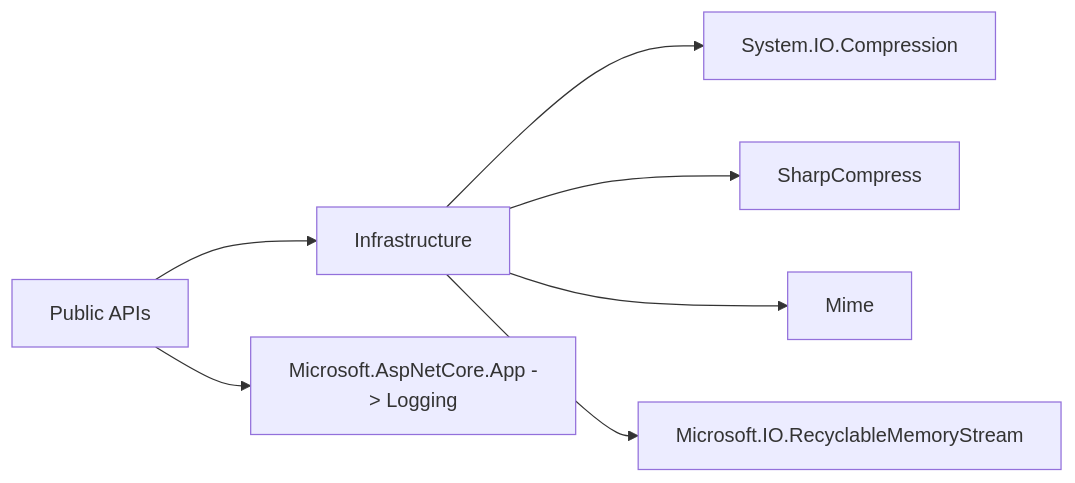
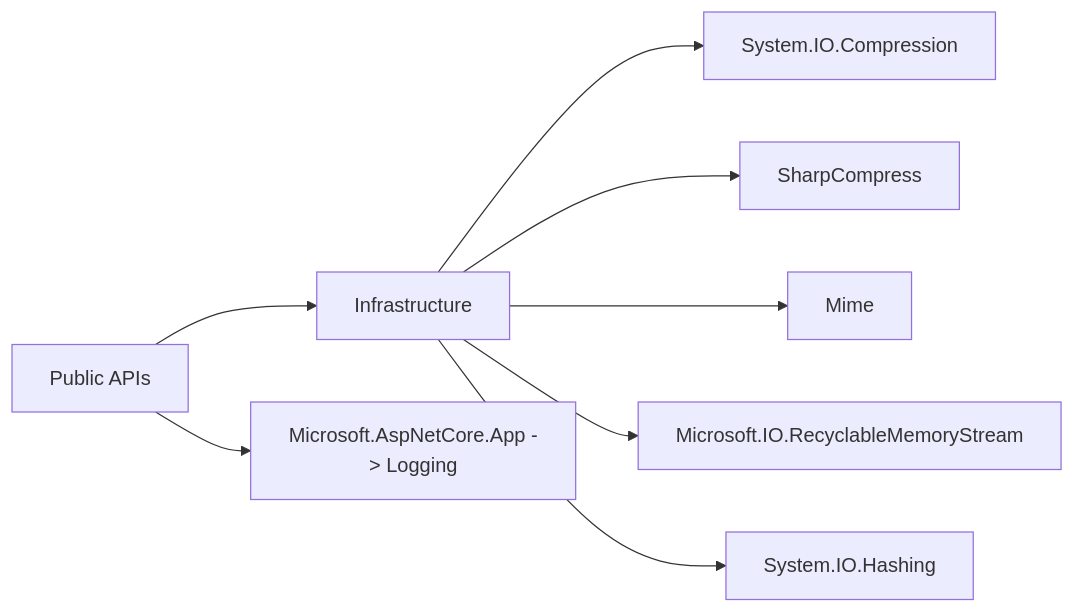
The third of 3 diagrams in src/FileTypeDetection/README.md (tomtastisch/FileClassifier), drawn with Mermaid before and after one commit. The commit also changed other lines of this file and 21 other files, not shown here.

Commit message:
feat(hash): add deterministic hashing api, evidence models, and roundtrip tests

````diff
--- a/src/FileTypeDetection/README.md
+++ b/src/FileTypeDetection/README.md
@@ -82,9 +84,10 @@
 ```mermaid
 flowchart LR
     API[Public APIs] --> CORE[Infrastructure]
     CORE --> ZIP[System.IO.Compression]
     CORE --> SHARP[SharpCompress]
     CORE --> MIME[Mime]
     CORE --> RMS[Microsoft.IO.RecyclableMemoryStream]
+    CORE --> HASH[System.IO.Hashing]
     API --> LOG[Microsoft.AspNetCore.App -> Logging]
 ```
````
